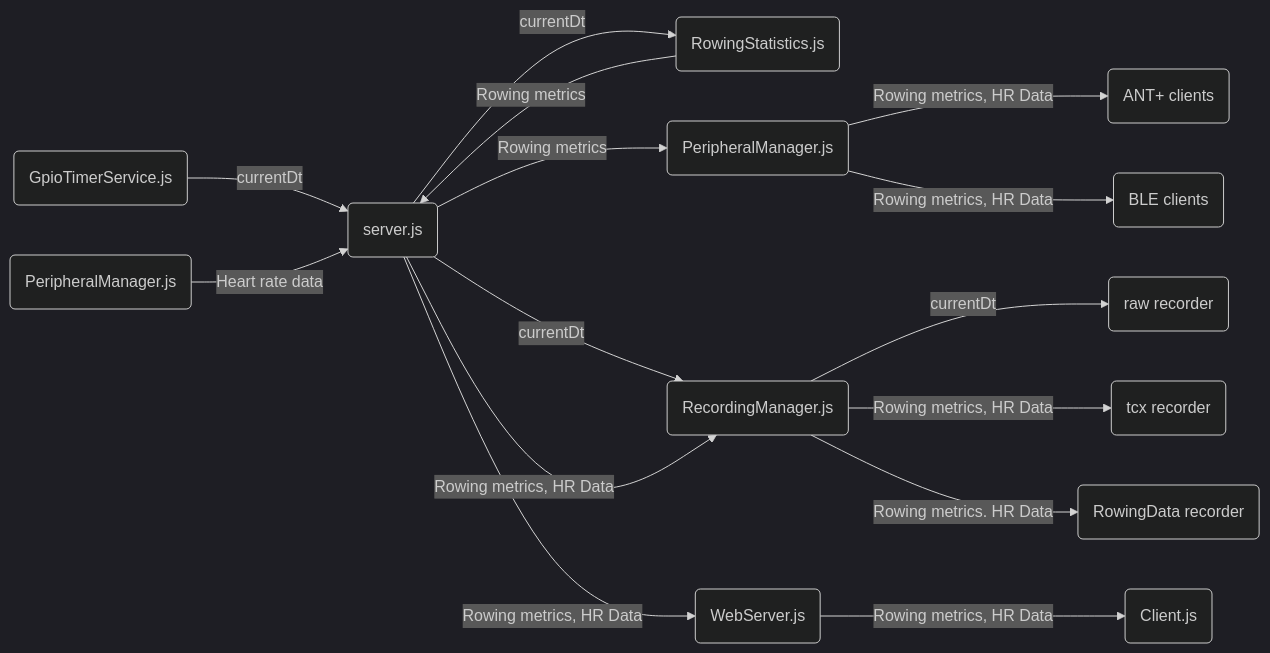
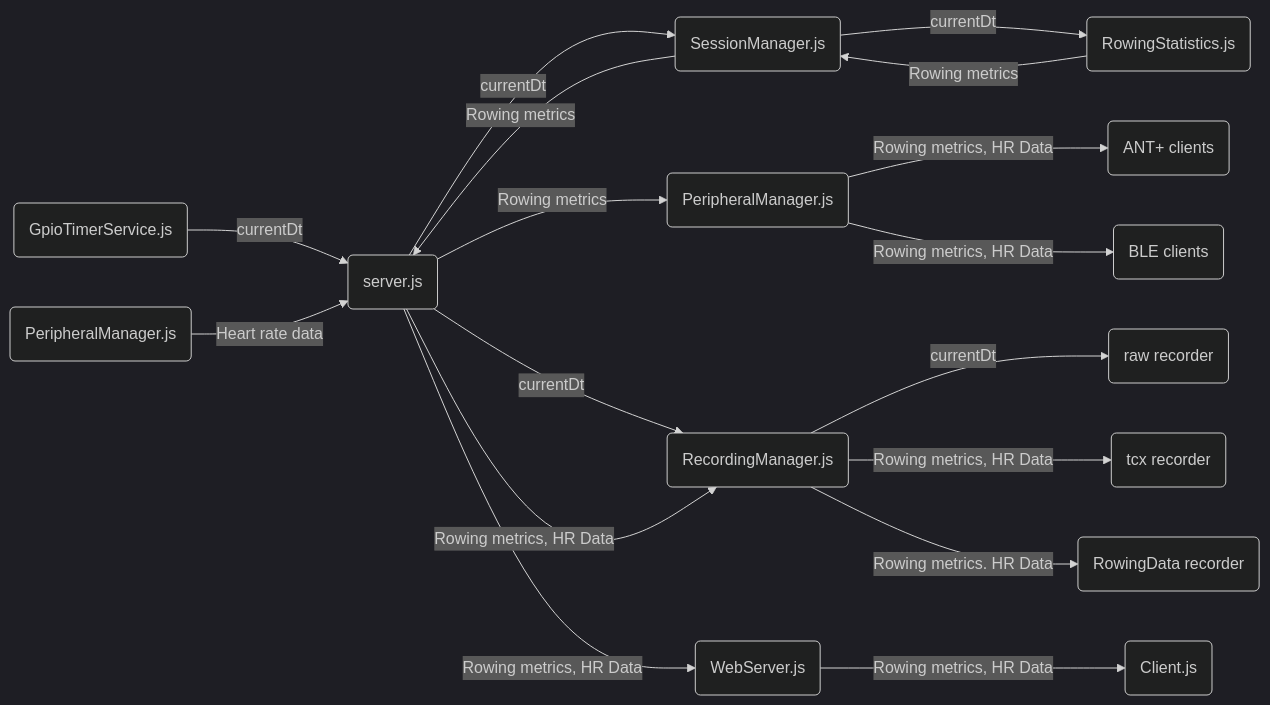
Before and after one commit to JaapvanEkris/openrowingmonitor: the first of 6 diagrams in docs/Architecture.md, drawn with Mermaid (dark theme).

Commit message:
Update Architecture.md
Added the session manager flow

````diff
--- a/docs/Architecture.md
+++ b/docs/Architecture.md
@@ -20,17 +20,19 @@
 ```mermaid
 flowchart LR
 A(GpioTimerService.js) -->|currentDt| B(server.js)
-B(server.js) -->|currentDt| D(RowingStatistics.js)
-D(RowingStatistics.js) -->|Rowing metrics| B(server.js)
+B(server.js) -->|currentDt| N(SessionManager.js)
+N(SessionManager.js) -->|Rowing metrics| B(server.js)
+N(SessionManager.js) -->|currentDt| D(RowingStatistics.js)
+D(RowingStatistics.js) -->|Rowing metrics| N(SessionManager.js)
 C(PeripheralManager.js) -->|Heart rate data| B(server.js)
 B(server.js) -->|Rowing metrics| E(PeripheralManager.js)
 E(PeripheralManager.js) -->|Rowing metrics, HR Data| F(ANT+ clients)
 E(PeripheralManager.js) -->|Rowing metrics, HR Data| G(BLE clients)
 B(server.js) -->|currentDt| H(RecordingManager.js)
 B(server.js) -->|Rowing metrics, HR Data| H(RecordingManager.js)
 H(RecordingManager.js) -->|currentDt| I(raw recorder)
 H(RecordingManager.js) -->|Rowing metrics, HR Data| J(tcx recorder)
 H(RecordingManager.js) -->|Rowing metrics. HR Data| K(RowingData recorder)
 B(server.js) -->|Rowing metrics, HR Data| L(WebServer.js)
 L(WebServer.js) -->|Rowing metrics, HR Data| M(Client.js)
 ```
````
